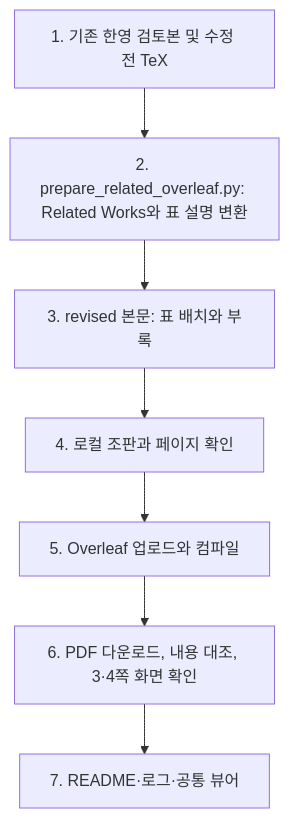
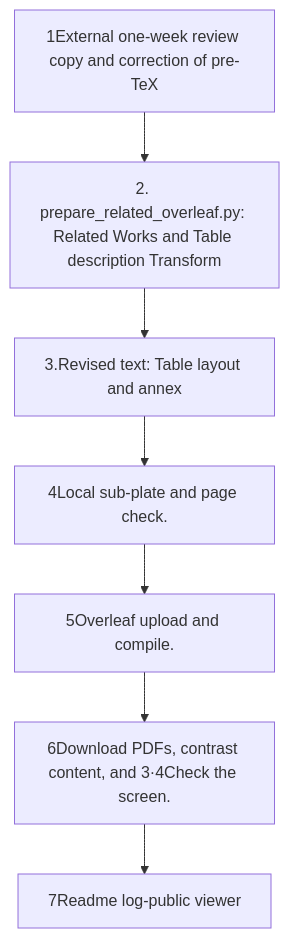
Before and after one commit to pnu-clink/finject: the diagram in src/finarch/documentation/templates/research/overleaf-related-works-readme.md, drawn with Mermaid. The commit also changed other lines of this file and 644 other files, not shown here.

````diff
--- a/src/finarch/documentation/templates/research/overleaf-related-works-readme.md
+++ b/src/finarch/documentation/templates/research/overleaf-related-works-readme.md
@@ -17,9 +17,9 @@
 ```mermaid
 flowchart TD
- A["1. 기존 한영 검토본 및 수정 전 TeX"] --> B["2. prepare_related_overleaf.py: Related Works와 표 설명 변환"]
- B --> C["3. revised 본문: 표 배치와 부록"]
- C --> D["4. 로컬 조판과 페이지 확인"]
- D --> E["5. Overleaf 업로드와 컴파일"]
- E --> F["6. PDF 다운로드, 내용 대조, 3·4쪽 화면 확인"]
- F --> G["7. README·로그·공통 뷰어"]
+ A["1External one-week review copy and correction of pre-TeX"] --> B["2. prepare_related_overleaf.py: Related Works and Table description Transform"]
+ B --> C["3.Revised text: Table layout and annex"]
+ C --> D["4Local sub-plate and page check."]
+ D --> E["5Overleaf upload and compile."]
+ E --> F["6Download PDFs, contrast content, and 3·4Check the screen."]
+ F --> G["7Readme log-public viewer"]
 ```
````
